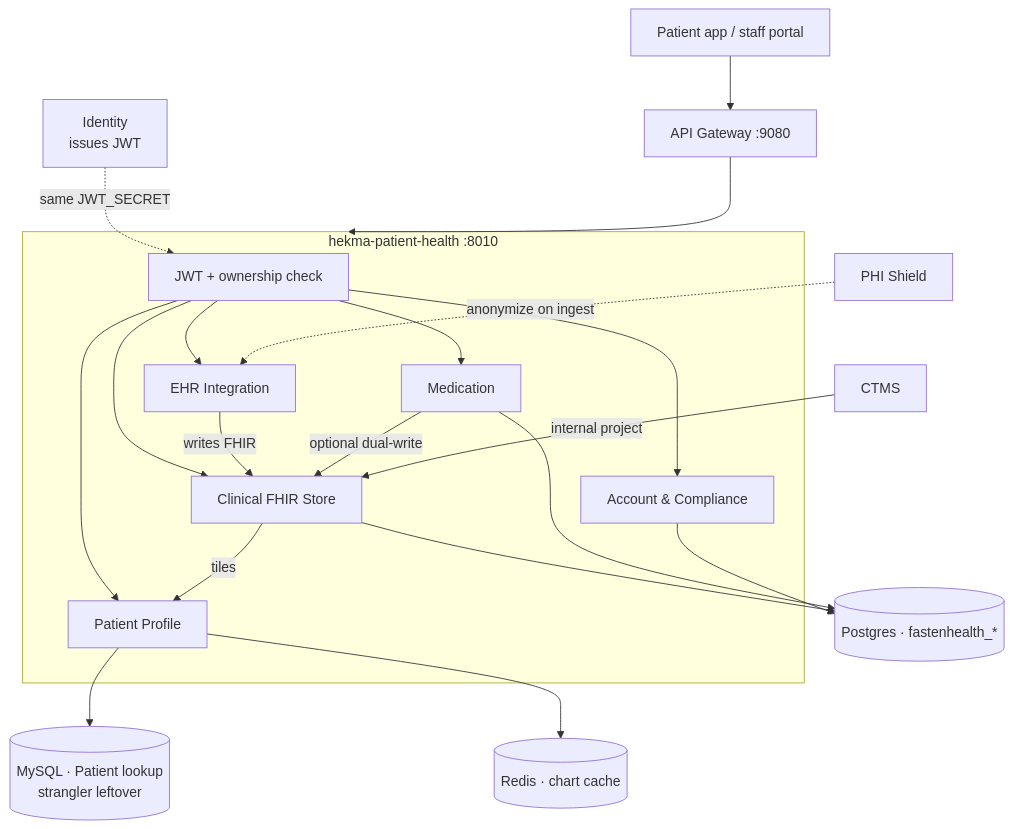
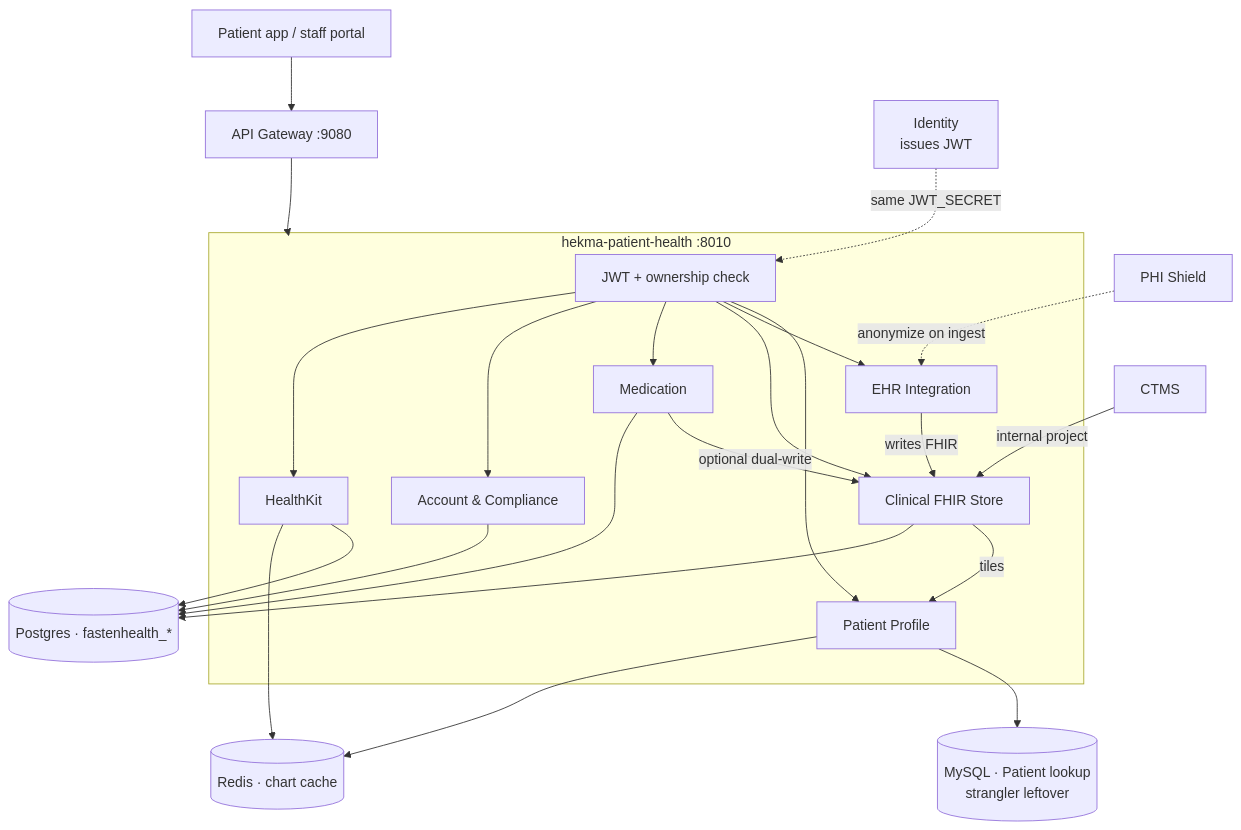
Before and after one commit to rajhekma/hekma-platform: the first of 9 diagrams in hekma-patient-health/docs/PATIENT_HEALTH.md, drawn with Mermaid. The commit also changed other lines of this file and 11 other files, not shown here.

````diff
--- a/hekma-patient-health/docs/PATIENT_HEALTH.md
+++ b/hekma-patient-health/docs/PATIENT_HEALTH.md
@@ -29,28 +31,31 @@
 ```mermaid
 flowchart TB
     APP[Patient app / staff portal] --> GW[API Gateway :9080]
     GW --> PH
 
     subgraph PH ["hekma-patient-health :8010"]
         AUTH[JWT + ownership check]
         P[Patient Profile]
         E[EHR Integration]
         F[Clinical FHIR Store]
         M[Medication]
         A[Account & Compliance]
-        AUTH --> P & E & F & M & A
+        K[HealthKit]
+        AUTH --> P & E & F & M & A & K
         E -->|writes FHIR| F
         F -->|tiles| P
         M -->|optional dual-write| F
     end
 
     ID[Identity<br/>issues JWT] -.->|same JWT_SECRET| AUTH
     CTMS[CTMS] -->|internal project| F
     PHI[PHI Shield] -.->|anonymize on ingest| E
 
     P --> MYSQL[(MySQL · Patient lookup<br/>strangler leftover)]
     F --> PG[(Postgres · fastenhealth_*)]
     M --> PG
     A --> PG
+    K --> PG
     P --> REDIS[(Redis · chart cache)]
+    K --> REDIS
 ```
````
